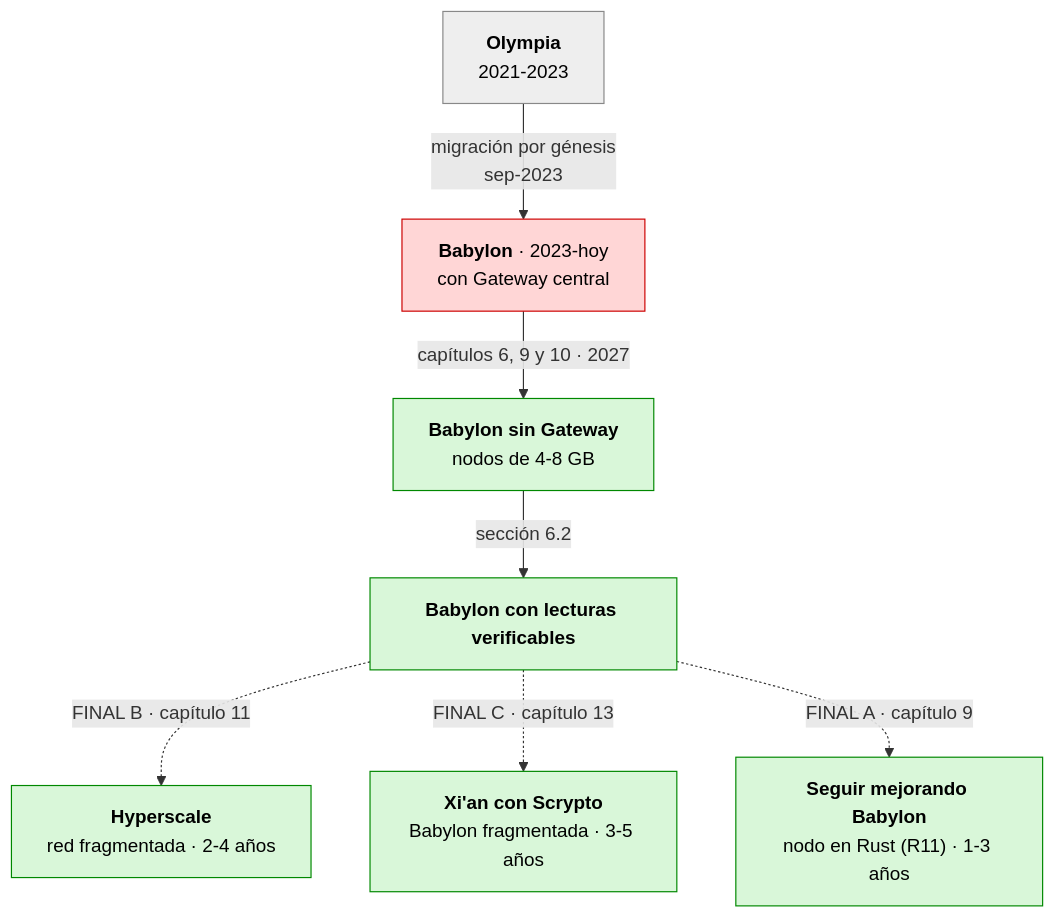
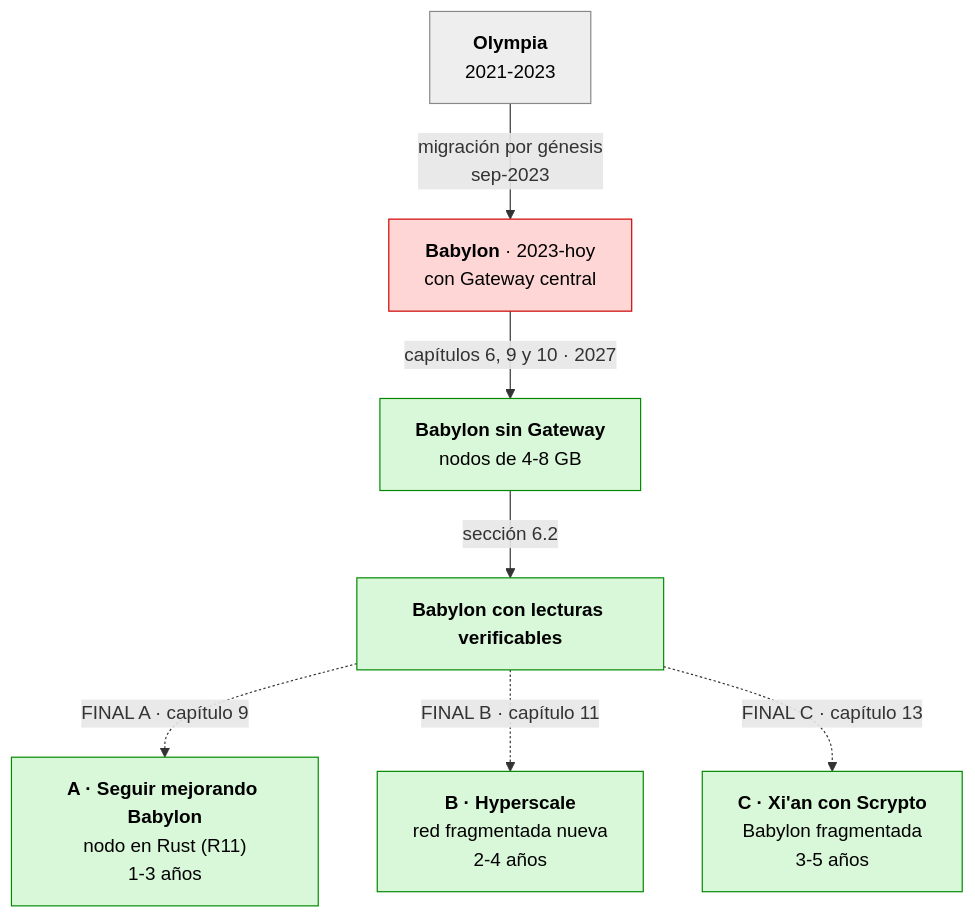
Before and after one commit to dazligth/radix-decentralization-roadmap: the fifth of 8 diagrams in README.es.md, drawn with Mermaid. The commit also changed other lines of this file and 5 other files, not shown here.

First line of the commit message:
Evolution diagram ordered A, B, C; flow diagrams for all three final stages

````diff
--- a/README.es.md
+++ b/README.es.md
@@ -360,15 +360,15 @@
 ```mermaid
 flowchart TB
     O["<b>Olympia</b><br/>2021-2023"] -->|"migración por génesis<br/>sep-2023"| B["<b>Babylon</b> · 2023-hoy<br/>con Gateway central"]
     B -->|"capítulos 6, 9 y 10 · 2027"| BS["<b>Babylon sin Gateway</b><br/>nodos de 4-8 GB"]
     BS -->|"sección 6.2"| BV["<b>Babylon con lecturas verificables</b>"]
-    BV -.->|"FINAL B · capítulo 11"| H["<b>Hyperscale</b><br/>red fragmentada · 2-4 años"]
+    BV -.->|"FINAL A · capítulo 9"| A["<b>A · Seguir mejorando Babylon</b><br/>nodo en Rust (R11)<br/>1-3 años"]
+    BV -.->|"FINAL B · capítulo 11"| H["<b>B · Hyperscale</b><br/>red fragmentada nueva<br/>2-4 años"]
+    BV -.->|"FINAL C · capítulo 13"| X["<b>C · Xi'an con Scrypto</b><br/>Babylon fragmentada<br/>3-5 años"]
     classDef old fill:#eeeeee,stroke:#888,color:#000
     classDef bad fill:#ffd6d6,stroke:#c00,color:#000
     classDef good fill:#d9f7d9,stroke:#080,color:#000
     class O old
     class B bad
-    BV -.->|"FINAL C · capítulo 13"| X["<b>Xi'an con Scrypto</b><br/>Babylon fragmentada · 3-5 años"]
-    BV -.->|"FINAL A · capítulo 9"| A["<b>Seguir mejorando Babylon</b><br/>nodo en Rust (R11) · 1-3 años"]
-    class BS,BV,H,X,A good
+    class BS,BV,A,H,X good
 ```
````
